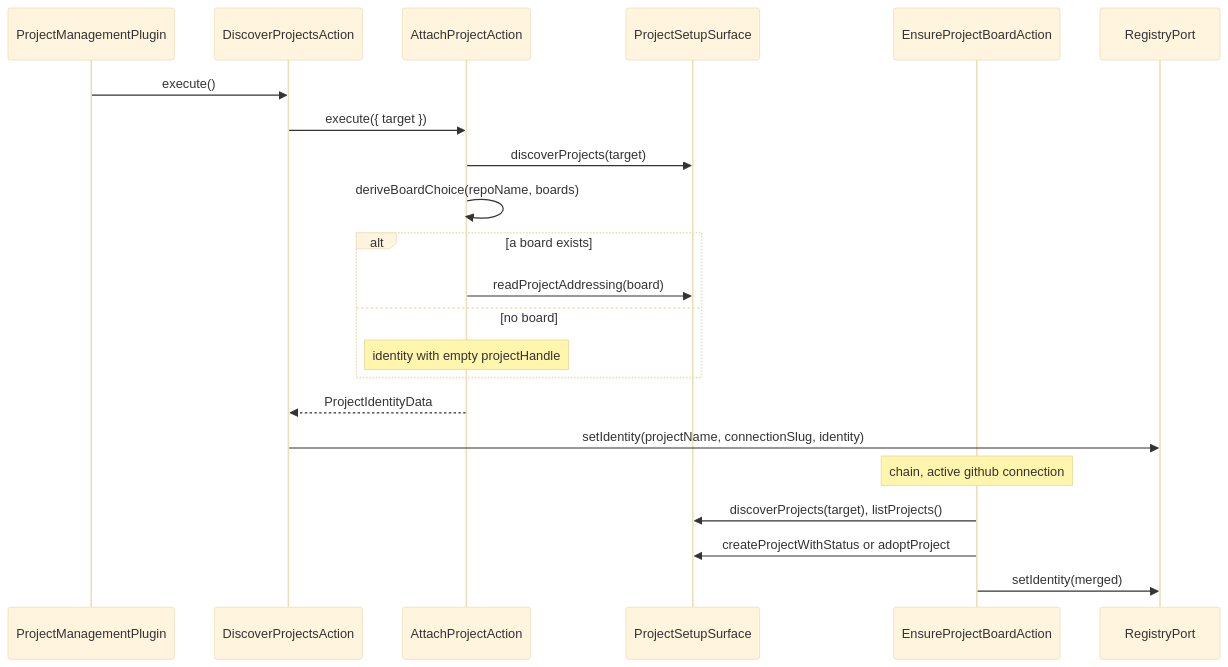
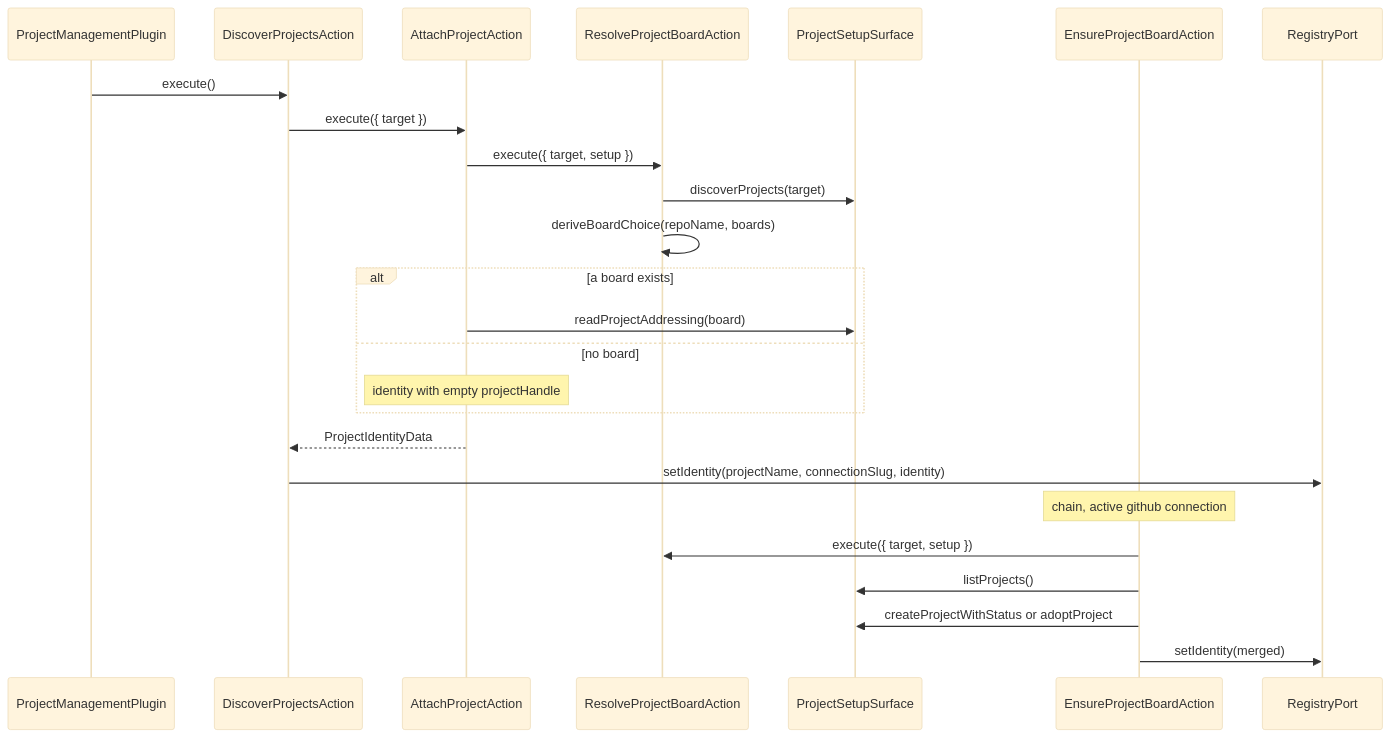
Diagram 17 of 17 in docs/developer-manual.md (99linesofcode/obsidian-project-management), drawn with Mermaid (base theme) before and after one commit. The commit also changed other lines of this file and 11 other files, not shown here.

````diff
--- a/docs/developer-manual.md
+++ b/docs/developer-manual.md
@@ -738,25 +739,28 @@
 ```mermaid
 sequenceDiagram
   participant P as ProjectManagementPlugin
   participant D as DiscoverProjectsAction
   participant A as AttachProjectAction
+  participant R as ResolveProjectBoardAction
   participant Setup as ProjectSetupSurface
   participant Ens as EnsureProjectBoardAction
   participant SS as RegistryPort
 
   P->>D: execute()
   D->>A: execute({ target })
-  A->>Setup: discoverProjects(target)
-  A->>A: deriveBoardChoice(repoName, boards)
+  A->>R: execute({ target, setup })
+  R->>Setup: discoverProjects(target)
+  R->>R: deriveBoardChoice(repoName, boards)
   alt a board exists
     A->>Setup: readProjectAddressing(board)
   else no board
     Note over A: identity with empty projectHandle
   end
   A-->>D: ProjectIdentityData
   D->>SS: setIdentity(projectName, connectionSlug, identity)
   Note over Ens: chain, active github connection
-  Ens->>Setup: discoverProjects(target), listProjects()
+  Ens->>R: execute({ target, setup })
+  Ens->>Setup: listProjects()
   Ens->>Setup: createProjectWithStatus or adoptProject
   Ens->>SS: setIdentity(merged)
 ```
````
